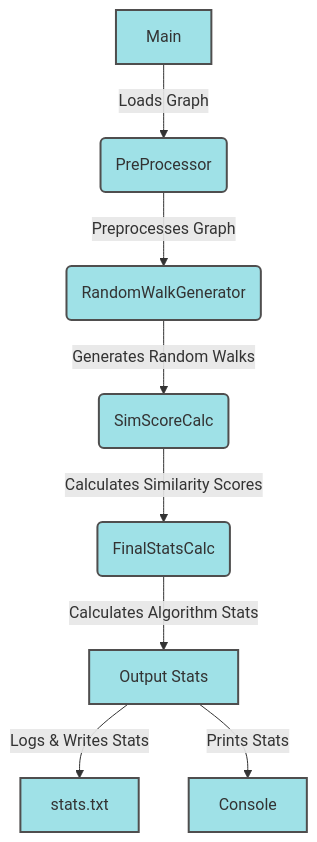
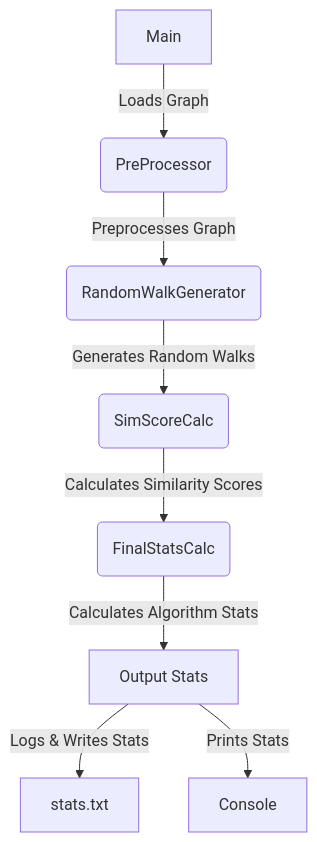
The diagram in readme.md (KirtanJhaveri/MITM-Simulation-using-Spark), drawn with Mermaid before and after one commit. The commit also changed other lines of this file and 1 other file, not shown here.

````diff
--- a/readme.md
+++ b/readme.md
@@ -123,20 +132,12 @@
 ```mermaid  
 graph TD
-    style A fill:#9fe1e7,stroke:#4f4e4e,stroke-width:2px;
-    style B fill:#9fe1e7,stroke:#4f4e4e,stroke-width:2px;
-    style C fill:#9fe1e7,stroke:#4f4e4e,stroke-width:2px;
-    style D fill:#9fe1e7,stroke:#4f4e4e,stroke-width:2px;
-    style E fill:#9fe1e7,stroke:#4f4e4e,stroke-width:2px;
-    style F fill:#9fe1e7,stroke:#4f4e4e,stroke-width:2px;
-    style G fill:#9fe1e7,stroke:#4f4e4e,stroke-width:2px;
-    style H fill:#9fe1e7,stroke:#4f4e4e,stroke-width:2px;
 
     A[Main] -->|Loads Graph| B(PreProcessor)
     B -->|Preprocesses Graph| C(RandomWalkGenerator)
     C -->|Generates Random Walks| D(SimScoreCalc)
     D -->|Calculates Similarity Scores| E(FinalStatsCalc)
     E -->|Calculates Algorithm Stats| F[Output Stats]
     F -->|Logs & Writes Stats| G[stats.txt]
     F -->|Prints Stats| H[Console]
 
 ```
````
